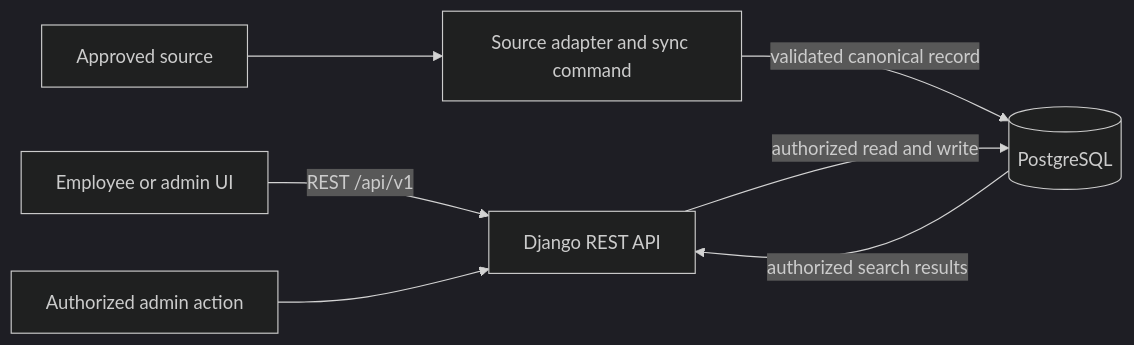
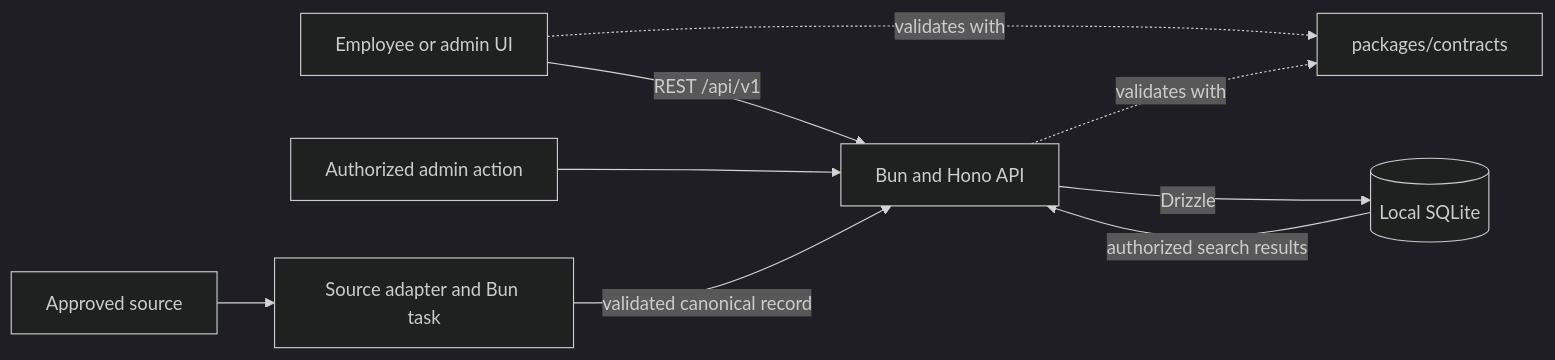
One commit to mblancowm/Equipo8 changed the diagram in _bmad-output/initiative-learning-center/architecture-learning-center/architecture-learning-center.md. Above: the diagram before and after it, drawn with Mermaid (dark theme). The commit also changed other lines of this file and 14 other files, not shown here.

Commit message:
docs: align Learning Center architecture with WM standard

````diff
--- a/_bmad-output/initiative-learning-center/architecture-learning-center/architecture-learning-center.md
+++ b/_bmad-output/initiative-learning-center/architecture-learning-center/architecture-learning-center.md
@@ -214,9 +213,11 @@
 ```mermaid
 flowchart LR
-    EmployeeAdmin[Employee or admin UI] -->|REST /api/v1| API[Django REST API]
-    Source[Approved source] --> Adapter[Source adapter and sync command]
+    EmployeeAdmin[Employee or admin UI] -->|REST /api/v1| API[Bun and Hono API]
+    Source[Approved source] --> Adapter[Source adapter and Bun task]
     Admin[Authorized admin action] --> API
-    Adapter -->|validated canonical record| DB[(PostgreSQL)]
-    API -->|authorized read and write| DB
+    EmployeeAdmin -. validates with .-> Contracts[packages/contracts]
+    API -. validates with .-> Contracts
+    API -->|Drizzle| DB[(Local SQLite)]
+    Adapter -->|validated canonical record| API
     DB -->|authorized search results| API
 ```
````
